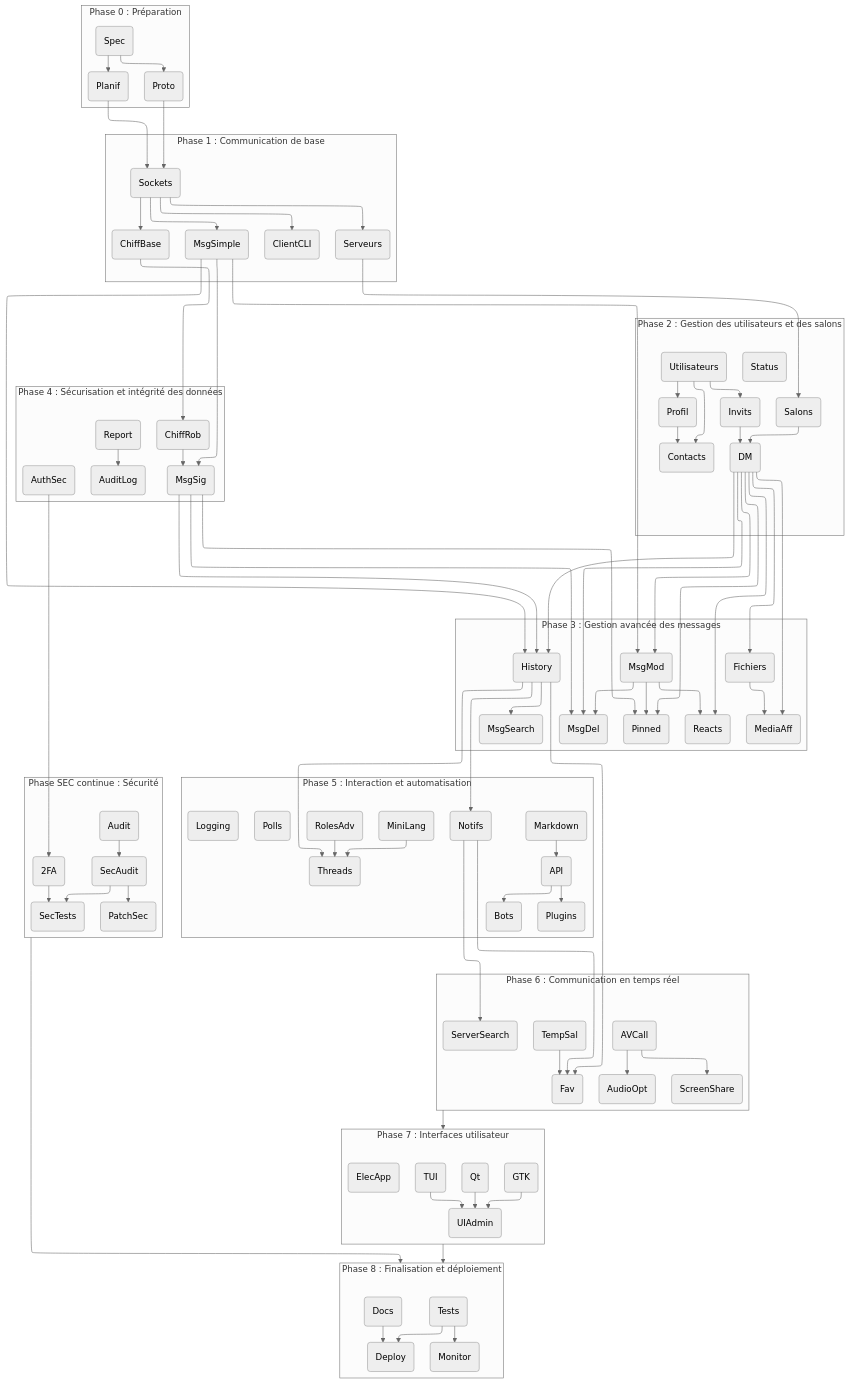
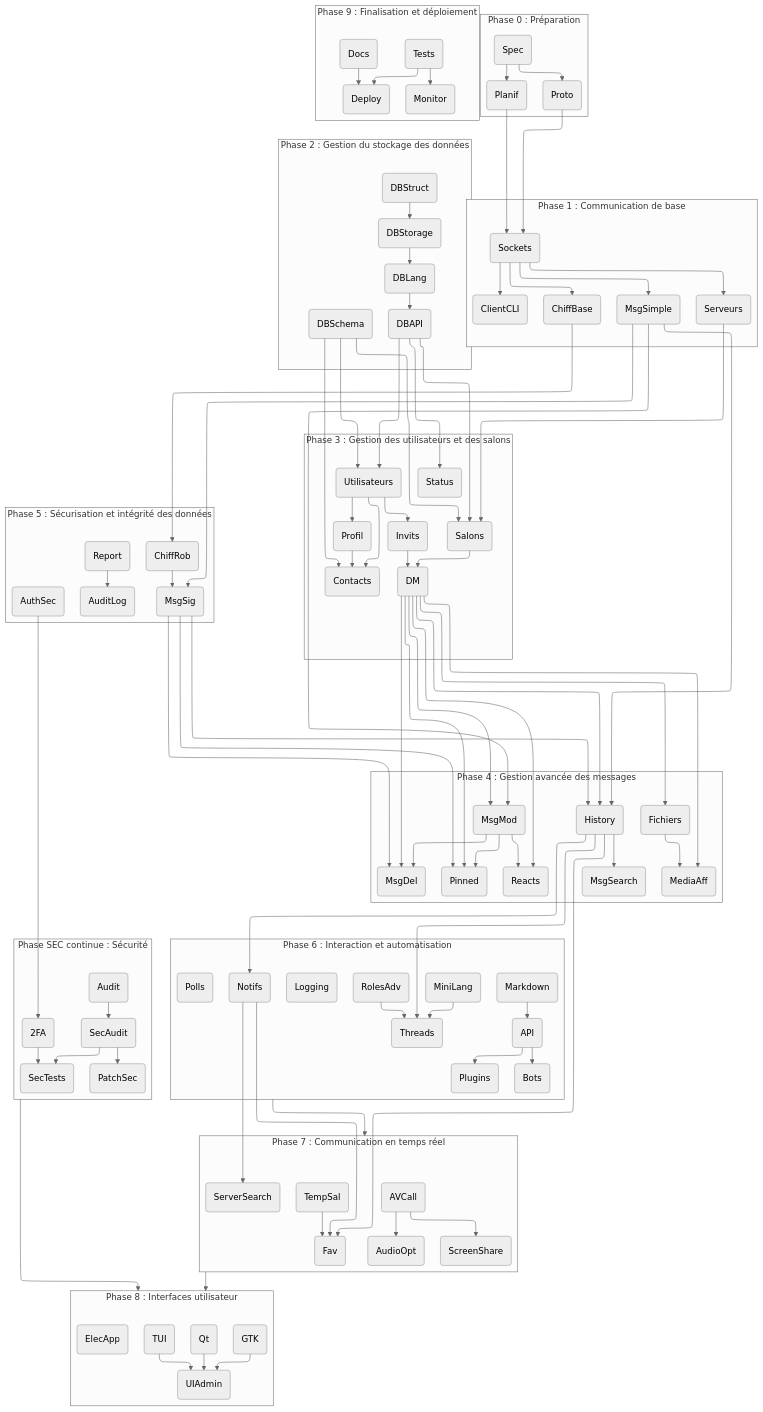
Before and after one commit to Skylord65/Diskorde-messagerie: the diagram in PLAN.md, drawn with Mermaid (neutral theme). The commit also changed other lines of this file, not shown here.

Commit message:
docs(PLAN.md) : Ajout d'une phase

```diff
--- a/PLAN.md
+++ b/PLAN.md
@@ -109,70 +115,78 @@
   T1_4(Serveurs)
 end
 
-subgraph P2["Phase 2 : Gestion des utilisateurs et des salons"]
-  T2_0(Utilisateurs)
-  T2_1(Salons)
-  T2_2(Contacts)
-  T2_3(Status)
-  T2_4(Profil)
-  T2_5(Invits)
-  T2_6(DM)
+subgraph P2["Phase 2 : Gestion du stockage des données"]
+  T2_0(DBStruct)
+  T2_1(DBStorage)
+  T2_2(DBLang)
+  T2_3(DBAPI)
+  T2_4(DBSchema)
 end
 
-subgraph P3["Phase 3 : Gestion avancée des messages"]
-  T3_0(MsgMod)
-  T3_1(MsgDel)
-  T3_2(Reacts)
-  T3_3(Pinned)
-  T3_4(Fichiers)
-  T3_5(MediaAff)
-  T3_6(History)
-  T3_7(MsgSearch)
+subgraph P3["Phase 3 : Gestion des utilisateurs et des salons"]
+  T3_0(Utilisateurs)
+  T3_1(Salons)
+  T3_2(Contacts)
+  T3_3(Status)
+  T3_4(Profil)
+  T3_5(Invits)
+  T3_6(DM)
 end
 
-subgraph P4["Phase 4 : Sécurisation et intégrité des données"]
-  T4_0(ChiffRob)
-  T4_1(AuthSec)
-  T4_2(MsgSig)
-  T4_3(Report)
-  T4_4(AuditLog)
+subgraph P4["Phase 4 : Gestion avancée des messages"]
+  T4_0(MsgMod)
+  T4_1(MsgDel)
+  T4_2(Reacts)
+  T4_3(Pinned)
+  T4_4(Fichiers)
+  T4_5(MediaAff)
+  T4_6(History)
+  T4_7(MsgSearch)
 end
 
-subgraph P5["Phase 5 : Interaction et automatisation"]
-  T5_0(MiniLang)
-  T5_1(Markdown)
-  T5_2(Notifs)
-  T5_3(Logging)
-  T5_4(RolesAdv)
-  T5_5(Threads)
-  T5_6(Polls)
-  T5_7(API)
-  T5_8(Bots)
-  T5_9(Plugins)
+subgraph P5["Phase 5 : Sécurisation et intégrité des données"]
+  T5_0(ChiffRob)
+  T5_1(AuthSec)
+  T5_2(MsgSig)
+  T5_3(Report)
+  T5_4(AuditLog)
 end
 
-subgraph P6["Phase 6 : Communication en temps réel"]
-  T6_0(AVCall)
-  T6_1(ScreenShare)
-  T6_2(AudioOpt)
-  T6_3(TempSal)
-  T6_4(ServerSearch)
-  T6_5(Fav)
+subgraph P6["Phase 6 : Interaction et automatisation"]
+  T6_0(MiniLang)
+  T6_1(Markdown)
+  T6_2(Notifs)
+  T6_3(Logging)
+  T6_4(RolesAdv)
+  T6_5(Threads)
+  T6_6(Polls)
+  T6_7(API)
+  T6_8(Bots)
+  T6_9(Plugins)
 end
 
-subgraph P7["Phase 7 : Interfaces utilisateur"]
-  T7_0(GTK)
-  T7_1(Qt)
-  T7_2(TUI)
-  T7_3(UIAdmin)
-  T7_4(ElecApp)
+subgraph P7["Phase 7 : Communication en temps réel"]
+  T7_0(AVCall)
+  T7_1(ScreenShare)
+  T7_2(AudioOpt)
+  T7_3(TempSal)
+  T7_4(ServerSearch)
+  T7_5(Fav)
 end
 
-subgraph P8["Phase 8 : Finalisation et déploiement"]
-  T8_0(Tests)
-  T8_1(Docs)
-  T8_2(Deploy)
-  T8_3(Monitor)
+subgraph P8["Phase 8 : Interfaces utilisateur"]
+  T8_0(GTK)
+  T8_1(Qt)
+  T8_2(TUI)
+  T8_3(UIAdmin)
+  T8_4(ElecApp)
+end
+
+subgraph P9["Phase 9 : Finalisation et déploiement"]
+  T9_0(Tests)
+  T9_1(Docs)
+  T9_2(Deploy)
+  T9_3(Monitor)
 end
 
 subgraph SEC["Phase SEC continue : Sécurité"]
@@ -191,54 +205,63 @@
 T1_0 --> T1_2
 T1_0 --> T1_3
 T1_0 --> T1_4
-T1_1 --> T4_0
-T1_3 --> T3_0
-T1_3 --> T3_6
-T1_3 --> T4_2
-T1_4 --> T2_1
-T2_0 --> T2_2
-T2_0 --> T2_4
-T2_0 --> T2_5
-T2_4 --> T2_2
-T2_1 --> T2_6
-T2_5 --> T2_6
-T2_6 --> T3_0
-T2_6 --> T3_1
-T2_6 --> T3_2
-T2_6 --> T3_3
-T2_6 --> T3_4
-T2_6 --> T3_5
-T2_6 --> T3_6
-T3_0 --> T3_1
+T1_1 --> T5_0
+T1_3 --> T4_0
+T1_3 --> T4_6
+T1_3 --> T5_2
+T1_4 --> T3_1
+T2_0 --> T2_1
+T2_1 --> T2_2
+T2_2 --> T2_3
+T2_4 --> T3_0
+T2_4 --> T3_1
+T2_4 --> T3_2
+T2_3 --> T3_0
+T2_3 --> T3_1
+T2_3 --> T3_3
 T3_0 --> T3_2
-T3_0 --> T3_3
-T3_4 --> T3_5
-T3_6 --> T3_7
-T3_6 --> T5_2
-T3_6 --> T5_5
-T3_6 --> T6_5
+T3_0 --> T3_4
+T3_0 --> T3_5
+T3_4 --> T3_2
+T3_1 --> T3_6
+T3_5 --> T3_6
+T3_6 --> T4_0
+T3_6 --> T4_1
+T3_6 --> T4_2
+T3_6 --> T4_3
+T3_6 --> T4_4
+T3_6 --> T4_5
+T3_6 --> T4_6
+T4_0 --> T4_1
 T4_0 --> T4_2
-T4_1 --> SEC_3
-T4_2 --> T3_1
-T4_2 --> T3_3
-T4_2 --> T3_6
-T4_3 --> T4_4
-T5_0 --> T5_5
-T5_1 --> T5_7
-T5_2 --> T6_4
-T5_2 --> T6_5
-T5_4 --> T5_5
-T5_7 --> T5_8
-T5_7 --> T5_9
-T6_0 --> T6_1
-T6_0 --> T6_2
-T6_3 --> T6_5
-T7_0 --> T7_3
-T7_1 --> T7_3
-T7_2 --> T7_3
-T8_0 --> T8_2
+T4_0 --> T4_3
+T4_4 --> T4_5
+T4_6 --> T4_7
+T4_6 --> T6_2
+T4_6 --> T6_5
+T4_6 --> T7_5
+T5_0 --> T5_2
+T5_1 --> SEC_3
+T5_2 --> T4_1
+T5_2 --> T4_3
+T5_2 --> T4_6
+T5_3 --> T5_4
+T6_0 --> T6_5
+T6_1 --> T6_7
+T6_2 --> T7_4
+T6_2 --> T7_5
+T6_4 --> T6_5
+T6_7 --> T6_8
+T6_7 --> T6_9
+T7_0 --> T7_1
+T7_0 --> T7_2
+T7_3 --> T7_5
 T8_0 --> T8_3
-T8_1 --> T8_2
+T8_1 --> T8_3
+T8_2 --> T8_3
+T9_0 --> T9_2
+T9_0 --> T9_3
+T9_1 --> T9_2
 SEC_0 --> SEC_1
 SEC_1 --> SEC_2
 SEC_1 --> SEC_4
```
